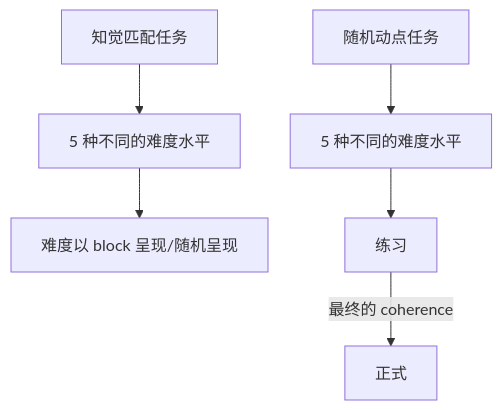
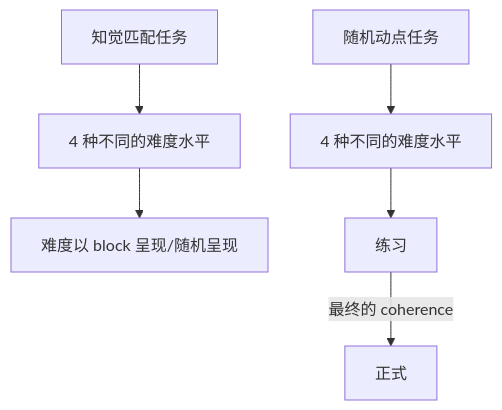
The diagram in 2_Experiments/2_1_Pilot_Experiment/2_1_1_Procedure/pilot_expt_v4/plan.md (Wsy122/Self_Prioritization_Expt), drawn with Mermaid before and after one commit. The commit also changed other lines of this file and 4 other files, not shown here.

````diff
--- a/2_Experiments/2_1_Pilot_Experiment/2_1_1_Procedure/pilot_expt_v4/plan.md
+++ b/2_Experiments/2_1_Pilot_Experiment/2_1_1_Procedure/pilot_expt_v4/plan.md
@@ -8,7 +8,7 @@
 ```mermaid
 graph 
-    A[知觉匹配任务]-->B[5 种不同的难度水平]-->C[难度以 block 呈现/随机呈现] 
+    A[知觉匹配任务]-->B[4 种不同的难度水平]-->C[难度以 block 呈现/随机呈现] 
 
-    D[随机动点任务]-->E[5 种不同的难度水平]-->F[练习]-->|最终的 coherence|G[正式]
+    D[随机动点任务]-->E[4 种不同的难度水平]-->F[练习]-->|最终的 coherence|G[正式]
     
 ```
````
